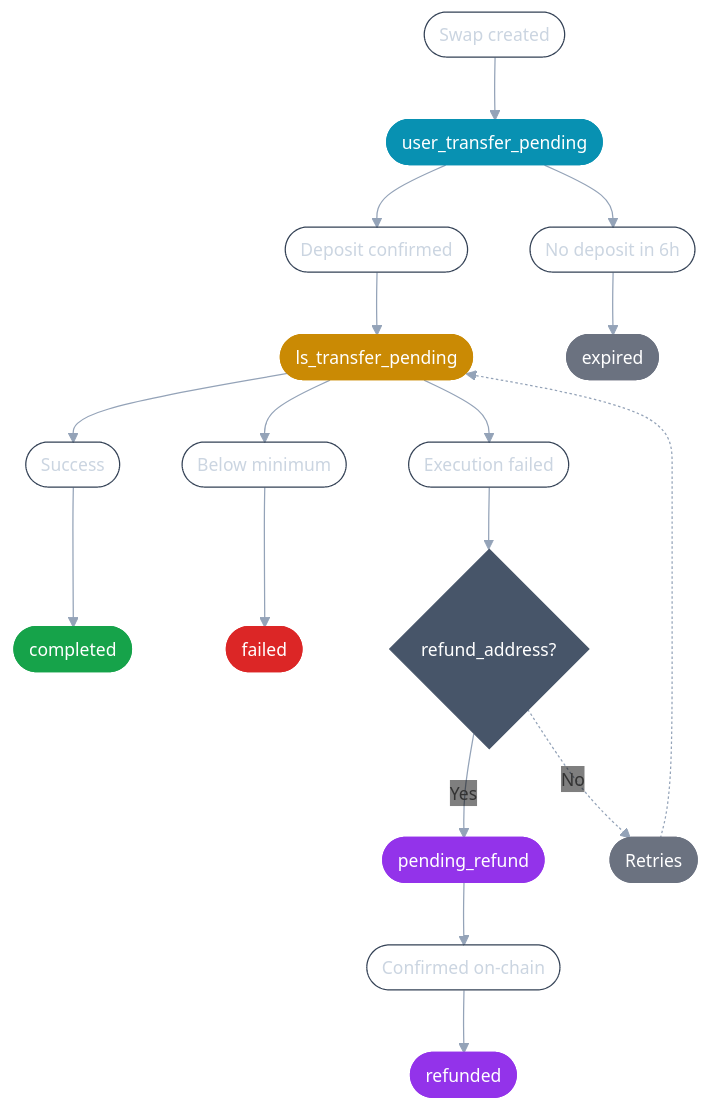
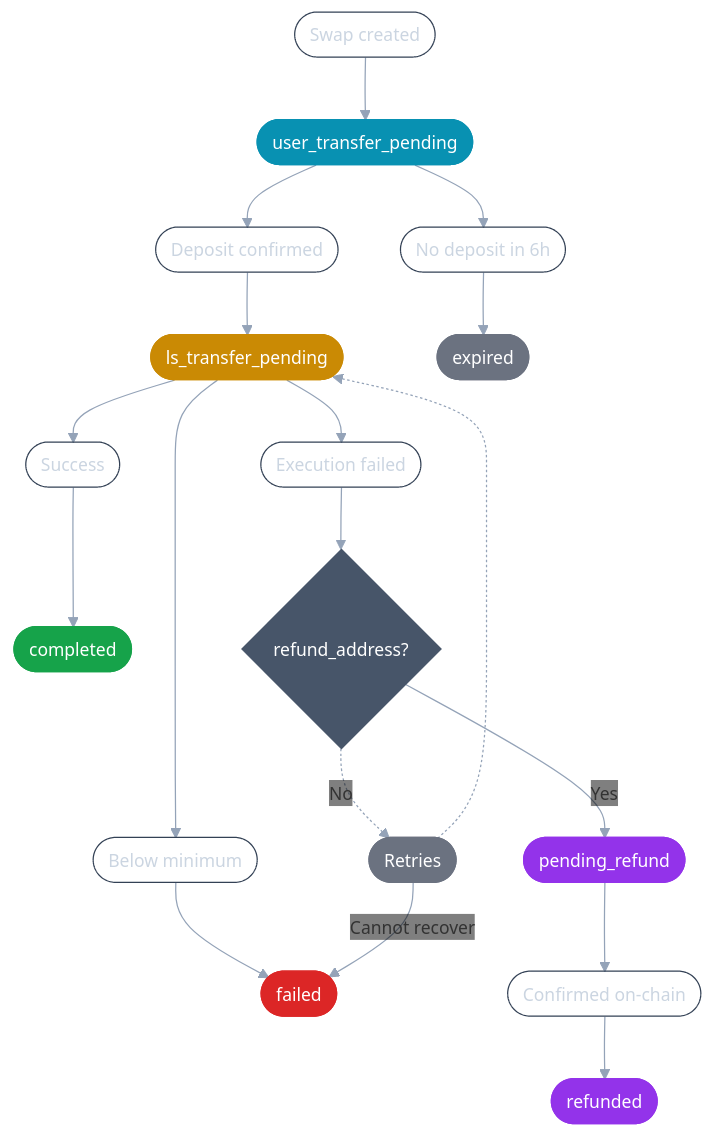
Before and after one commit to layerswap/layerswap-docs: the diagram in concepts/swap-lifecycle.mdx, drawn with Mermaid. The commit also changed other lines of this file and 16 other files, not shown here.

````diff
--- a/concepts/swap-lifecycle.mdx
+++ b/concepts/swap-lifecycle.mdx
@@ -9,32 +9,33 @@
 ```mermaid
 %%{init: {'theme': 'base', 'themeVariables': {'background': 'transparent', 'lineColor': '#94a3b8', 'fontSize': '14px', 'edgeLabelBackground': 'transparent', 'tertiaryTextColor': '#ffffff'}}}%%
 flowchart TB
     created([Swap created]) --> userPending([user_transfer_pending])
     userPending --> depositConfirmed([Deposit confirmed]) --> layerswapPending([ls_transfer_pending])
     userPending --> noDeposit([No deposit in 6h]) --> expired([expired])
     layerswapPending --> success([Success]) --> completed([completed])
     layerswapPending --> belowMinimum([Below minimum]) --> failed([failed])
     layerswapPending --> executionFailed([Execution failed]) --> hasRefundAddress{refund_address?}
     hasRefundAddress -->|Yes| pendingRefund([pending_refund])
     hasRefundAddress -.->|No| retries([Retries])
+    retries -->|Cannot recover| failed
     retries -.-> layerswapPending
     pendingRefund --> confirmed([Confirmed on-chain]) --> refunded([refunded])
 
     classDef event fill:transparent,color:#cbd5e1,stroke:#334155,stroke-width:1px
     classDef active fill:#0891b2,color:#ffffff,stroke:#0891b2
     classDef processing fill:#ca8a04,color:#ffffff,stroke:#ca8a04
     classDef successState fill:#16a34a,color:#ffffff,stroke:#16a34a
     classDef failureState fill:#dc2626,color:#ffffff,stroke:#dc2626
     classDef refundState fill:#9333ea,color:#ffffff,stroke:#9333ea
     classDef neutralState fill:#6b7280,color:#ffffff,stroke:#6b7280
     classDef decision fill:#475569,color:#ffffff,stroke:#475569
 
     class created,depositConfirmed,noDeposit,success,belowMinimum,executionFailed,confirmed event
     class userPending active
     class layerswapPending processing
     class completed successState
     class failed failureState
     class pendingRefund,refunded refundState
     class expired,retries neutralState
     class hasRefundAddress decision
 ```
````
